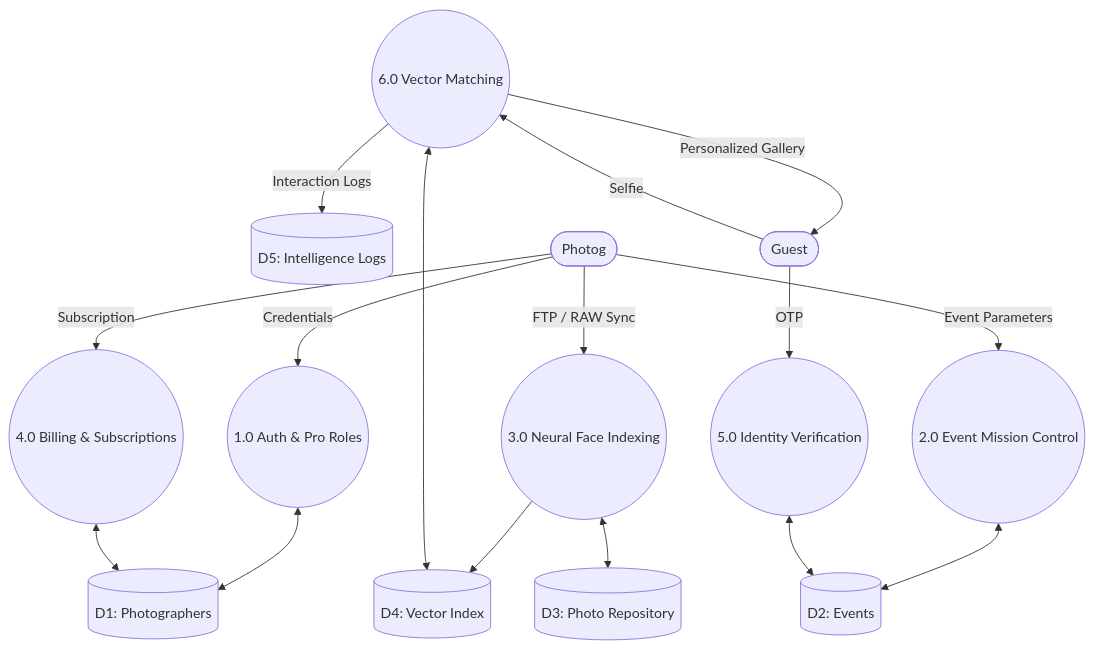
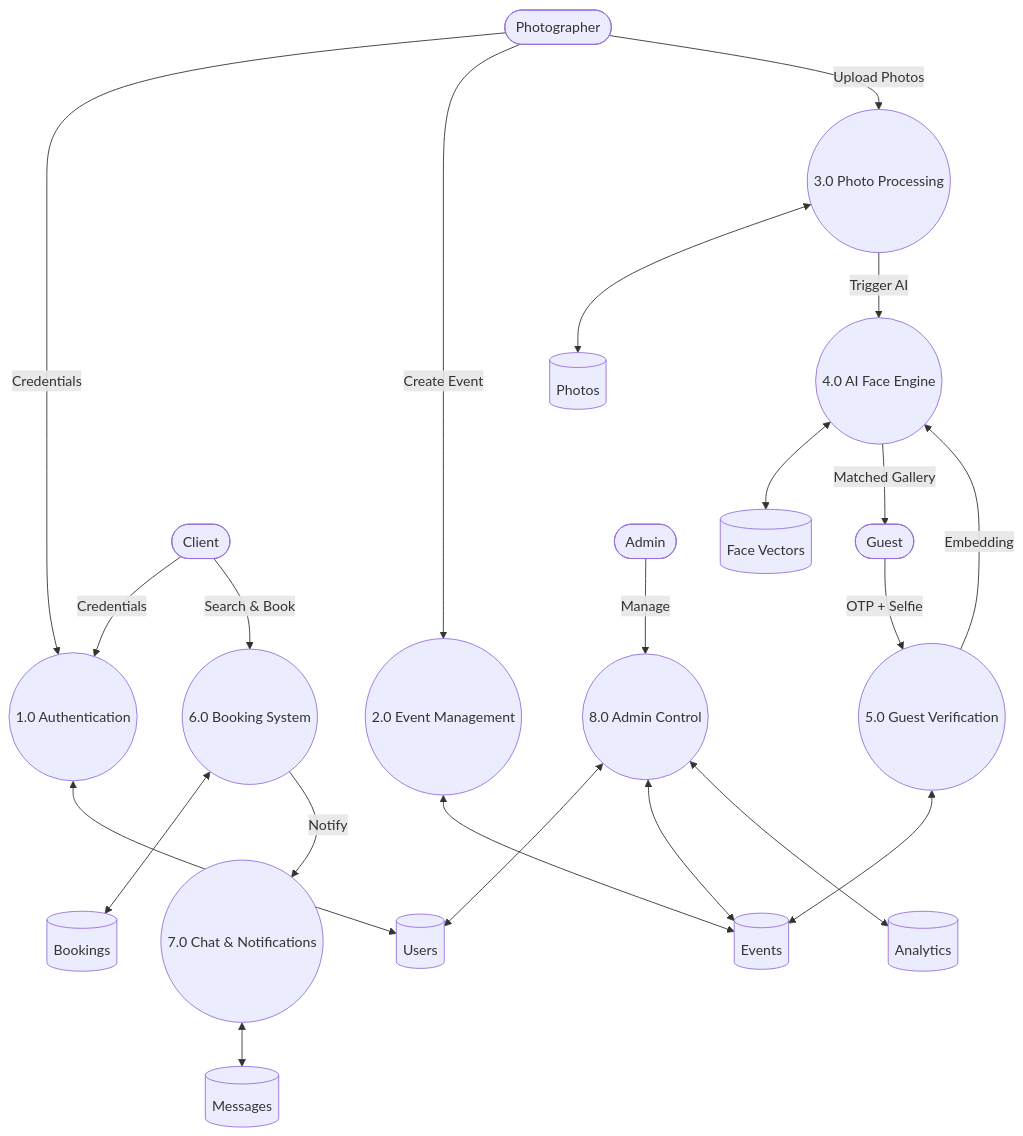
Before and after one commit to JoelJose212/SnapMoment: the second of 9 diagrams in README.md, drawn with Mermaid. The commit also changed other lines of this file, not shown here.

Commit message:
docs: finalize comprehensive technical documentation and system architecture

````diff
--- a/README.md
+++ b/README.md
@@ -122,30 +102,38 @@
 ```mermaid
 flowchart TD
-    %% Processes
-    P1((1.0 Auth & Pro Roles))
-    P2((2.0 Event Mission Control))
-    P3((3.0 Neural Face Indexing))
-    P4((4.0 Billing & Subscriptions))
-    P5((5.0 Identity Verification))
-    P6((6.0 Vector Matching))
+    P1((1.0 Authentication))
+    P2((2.0 Event Management))
+    P3((3.0 Photo Processing))
+    P4((4.0 AI Face Engine))
+    P5((5.0 Guest Verification))
+    P6((6.0 Booking System))
+    P7((7.0 Chat & Notifications))
+    P8((8.0 Admin Control))
 
-    %% Data Stores
-    D1[(D1: Photographers)]
-    D2[(D2: Events)]
-    D3[(D3: Photo Repository)]
-    D4[(D4: Vector Index)]
-    D5[(D5: Intelligence Logs)]
+    D1[(Users)]
+    D2[(Events)]
+    D3[(Photos)]
+    D4[(Face Vectors)]
+    D5[(Bookings)]
+    D6[(Messages)]
+    D7[(Analytics)]
 
-    %% Connections
-    Photographer([Photog]) -- Credentials --> P1 <--> D1
-    Photographer -- Subscription --> P4 <--> D1
-    
-    Photographer -- Event Parameters --> P2 <--> D2
-    Photographer -- "FTP / RAW Sync" --> P3 <--> D3
-    P3 --> D4
-    
-    Guest([Guest]) -- OTP --> P5 <--> D2
-    Guest -- Selfie --> P6 <--> D4
-    P6 -- Interaction Logs --> D5
-    P6 -- Personalized Gallery --> Guest
+    Photographer([Photographer]) -- Credentials --> P1 <--> D1
+    Client([Client]) -- Credentials --> P1
+
+    Photographer -- "Create Event" --> P2 <--> D2
+    Photographer -- "Upload Photos" --> P3 <--> D3
+    P3 -- "Trigger AI" --> P4 <--> D4
+
+    Guest([Guest]) -- "OTP + Selfie" --> P5 <--> D2
+    P5 -- "Embedding" --> P4
+    P4 -- "Matched Gallery" --> Guest
+
+    Client -- "Search & Book" --> P6 <--> D5
+    P6 -- "Notify" --> P7 <--> D6
+
+    Admin([Admin]) -- "Manage" --> P8
+    P8 <--> D1
+    P8 <--> D2
+    P8 <--> D7
 ```
````
